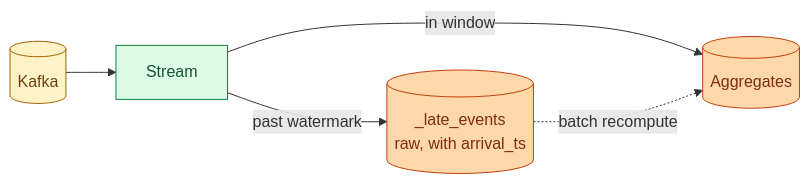
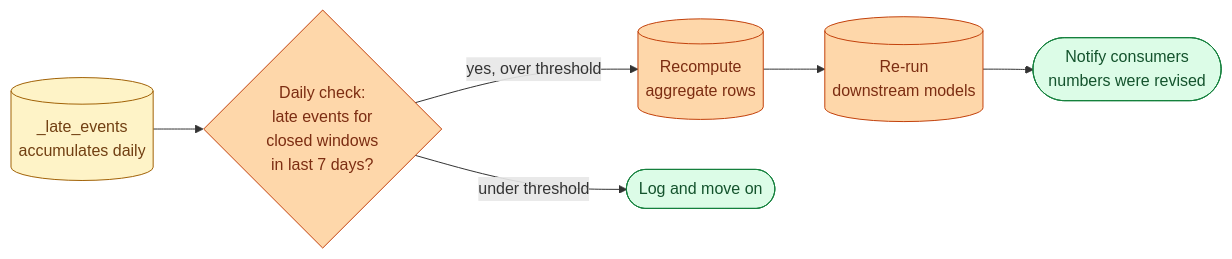
One commit to shiningflash/data-engineering-practice-problems changed the third of 3 diagrams in problems/092-late-events-after-the-partition-closed/solution.md. Above: the diagram before and after it, drawn with Mermaid. The commit also changed other lines of this file and 3 other files, not shown here.

````diff
--- a/problems/092-late-events-after-the-partition-closed/solution.md
+++ b/problems/092-late-events-after-the-partition-closed/solution.md
@@ -59,12 +81,12 @@
 ```mermaid
 flowchart LR
-    K[("Kafka")]:::k --> C["Stream"]:::tx
-    C -->|"in window"| LIVE[("Aggregates")]:::wh
-    C -->|"past watermark"| LATE[("_late_events<br/>raw, with arrival_ts")]:::late
-    LATE -.->|"batch recompute"| LIVE
+    LATE[("_late_events<br/>accumulates daily")]:::late --> CHK{Daily check:<br/>late events for<br/>closed windows<br/>in last 7 days?}:::tx
+    CHK -->|"yes, over threshold"| RC[(Recompute<br/>aggregate rows)]:::tx
+    RC --> DOWN[(Re-run<br/>downstream models)]:::tx
+    DOWN --> NOTI([Notify consumers<br/>numbers were revised]):::out
+    CHK -->|"under threshold"| LOG([Log and move on]):::out
 
-    classDef k fill:#fef3c7,stroke:#a16207,color:#713f12
-    classDef tx fill:#dcfce7,stroke:#15803d,color:#14532d
-    classDef wh fill:#fed7aa,stroke:#c2410c,color:#7c2d12
-    classDef late fill:#fed7aa,stroke:#c2410c,color:#7c2d12
+    classDef late fill:#fef3c7,stroke:#a16207,color:#713f12
+    classDef tx fill:#fed7aa,stroke:#c2410c,color:#7c2d12
+    classDef out fill:#dcfce7,stroke:#15803d,color:#14532d
 ```
````
